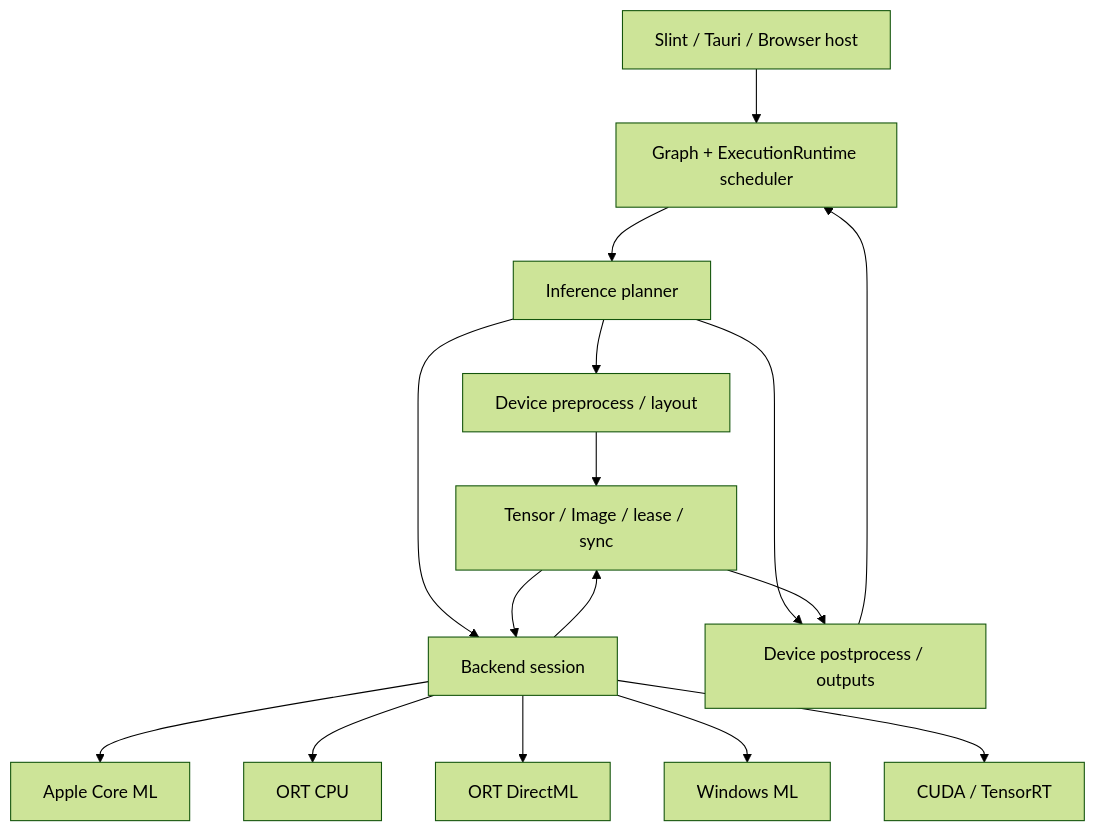
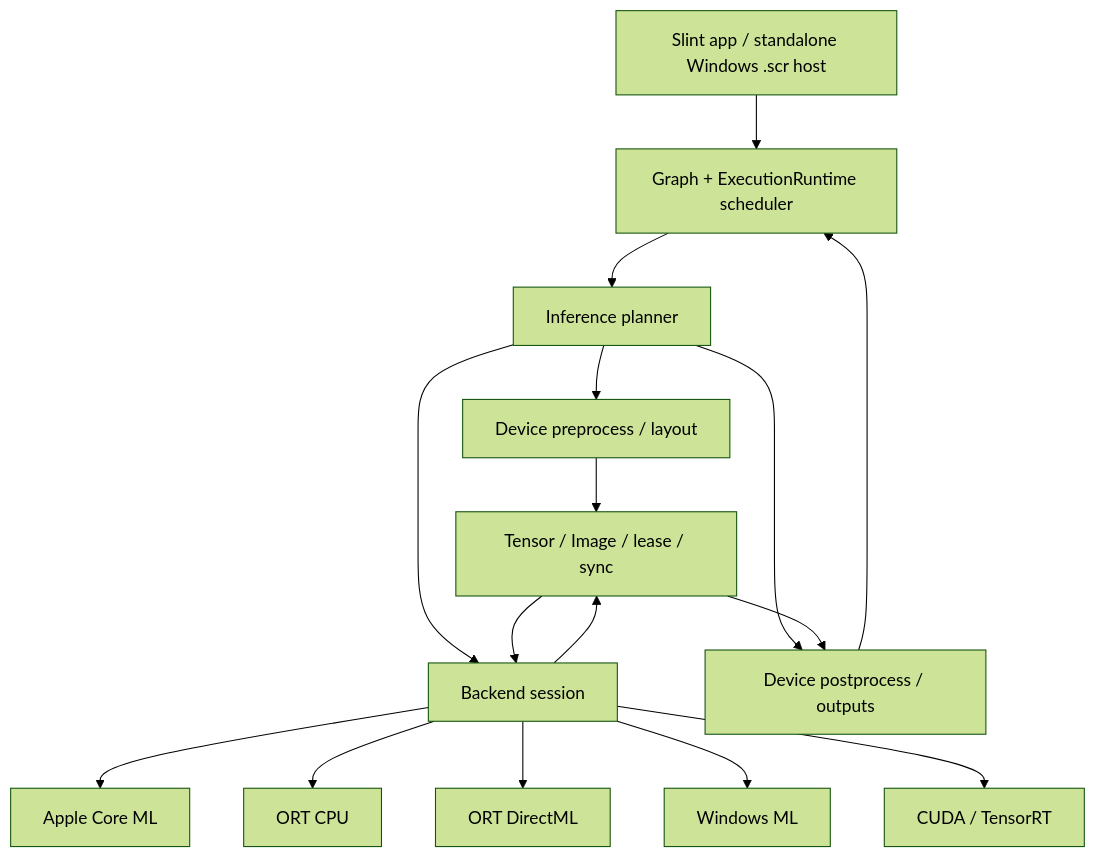
One commit to sanitor/open_quartz changed the diagram in docs/INFERENCE_ARCHITECTURE.md. Above: the diagram before and after it, drawn with Mermaid (forest theme). The commit also changed other lines of this file and 383 other files, not shown here.

````diff
--- a/docs/INFERENCE_ARCHITECTURE.md
+++ b/docs/INFERENCE_ARCHITECTURE.md
@@ -36,18 +37,18 @@
 ```mermaid
 flowchart TD
-    APP[Slint / Tauri / Browser host] --> GRAPH[Graph + ExecutionRuntime scheduler]
+    APP[Slint app / standalone Windows .scr host] --> GRAPH[Graph + ExecutionRuntime scheduler]
     GRAPH --> POLICY[Inference planner]
     POLICY --> PRE[Device preprocess / layout]
     POLICY --> BACKEND[Backend session]
     POLICY --> POST[Device postprocess / outputs]
     PRE --> RES[Tensor / Image / lease / sync]
     RES --> BACKEND
     BACKEND --> RES
     RES --> POST
     POST --> GRAPH
     BACKEND --> COREML[Apple Core ML]
     BACKEND --> ORTCPU[ORT CPU]
     BACKEND --> ORTDML[ORT DirectML]
     BACKEND --> WINML[Windows ML]
     BACKEND --> CUDA[CUDA / TensorRT]
 ```
````
